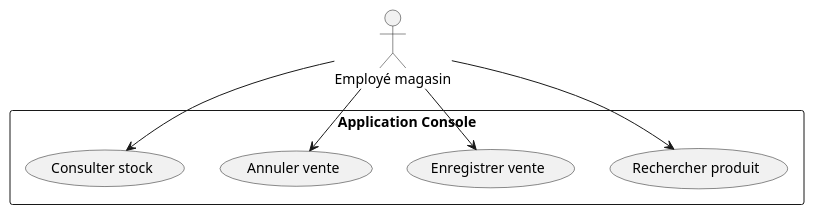
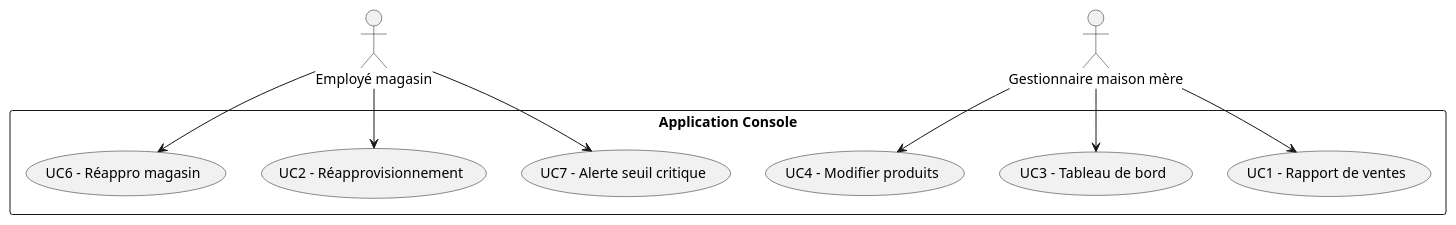
The diagram in docs/UML/use_cases.puml (Ludo67/LOG430-Lab0), drawn with PlantUML before and after one commit. The commit also changed 19 other files, not shown here.

```diff
--- a/docs/UML/use_cases.puml
+++ b/docs/UML/use_cases.puml
@@ -1,13 +1,18 @@
 @startuml use_cases
-actor "Employé magasin" as User
+actor "Employé magasin" as Em
+actor "Gestionnaire maison mère" as Admin
 rectangle "Application Console" {
-  usecase "Rechercher produit" as UC1
-  usecase "Enregistrer vente" as UC2
-  usecase "Annuler vente" as UC3
-  usecase "Consulter stock" as UC4
+  usecase "UC1 - Rapport de ventes" as UC1
+  usecase "UC2 - Réapprovisionnement" as UC2
+  usecase "UC3 - Tableau de bord" as UC3
+  usecase "UC4 - Modifier produits" as UC4
+  usecase "UC6 - Réappro magasin" as UC6
+  usecase "UC7 - Alerte seuil critique" as UC7
 }
-User --> UC1
-User --> UC2
-User --> UC3
-User --> UC4
+Em --> UC2
+Em --> UC6
+Em --> UC7
+Admin --> UC1
+Admin --> UC3
+Admin --> UC4
 @enduml
```
